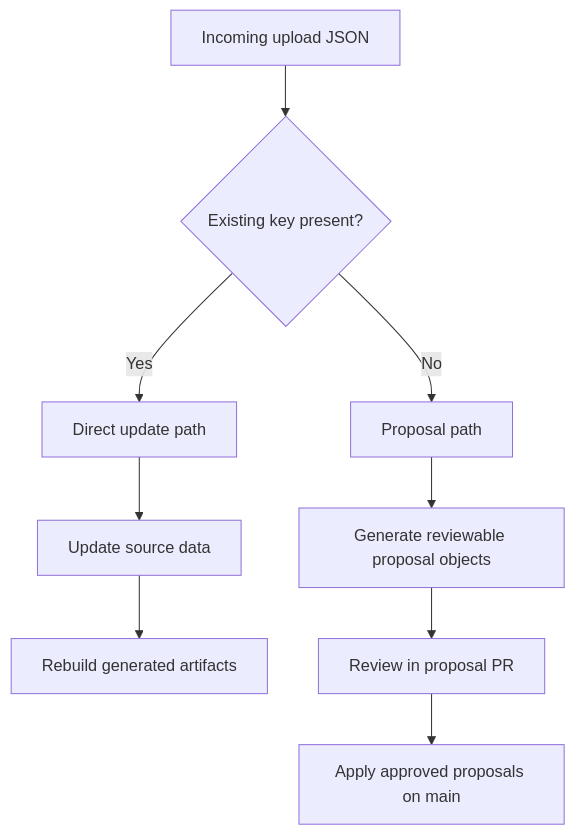
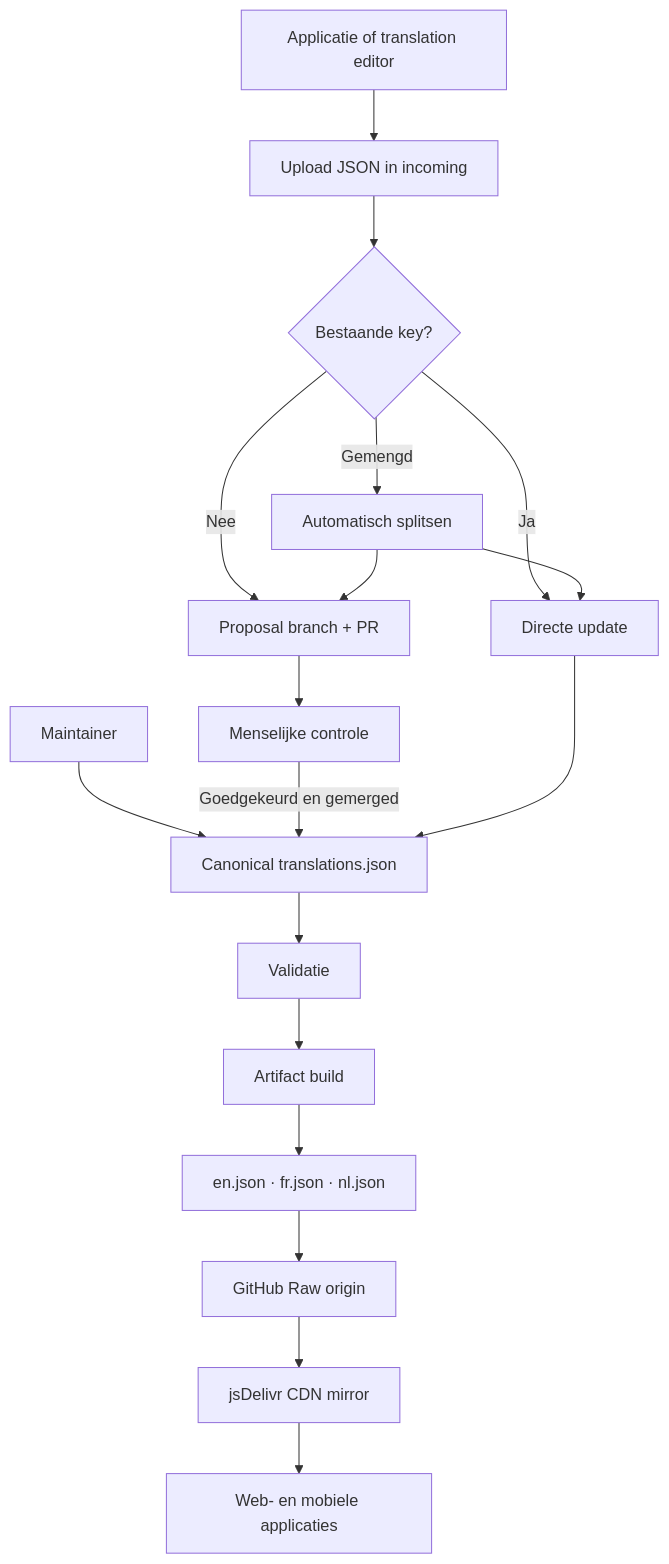
Before and after one commit to PRAxISDEVELOPMENT/mypraxis_translation_keys: the first of 2 diagrams in README.md, drawn with Mermaid. The commit also changed other lines of this file and 13 other files, not shown here.

````diff
--- a/README.md
+++ b/README.md
@@ -364,11 +54,20 @@
 ```mermaid
 flowchart TD
-    A[Incoming upload JSON] --> B{Existing key present?}
-    B -- Yes --> C[Direct update path]
-    B -- No --> D[Proposal path]
-    C --> E[Update source data]
-    D --> F[Generate reviewable proposal objects]
-    E --> G[Rebuild generated artifacts]
-    F --> H[Review in proposal PR]
-    H --> I[Apply approved proposals on main]
+    APP[Applicatie of translation editor] --> UPLOAD[Upload JSON in incoming]
+    MAINTAINER[Maintainer] --> SOURCE[Canonical translations.json]
+    UPLOAD --> ROUTER{Bestaande key?}
+    ROUTER -- Ja --> DIRECT[Directe update]
+    ROUTER -- Nee --> PROPOSAL[Proposal branch + PR]
+    ROUTER -- Gemengd --> SPLIT[Automatisch splitsen]
+    SPLIT --> DIRECT
+    SPLIT --> PROPOSAL
+    PROPOSAL --> REVIEW[Menselijke controle]
+    REVIEW -->|Goedgekeurd en gemerged| SOURCE
+    DIRECT --> SOURCE
+    SOURCE --> VALIDATE[Validatie]
+    VALIDATE --> BUILD[Artifact build]
+    BUILD --> LOCALES[en.json · fr.json · nl.json]
+    LOCALES --> RAW[GitHub Raw origin]
+    RAW --> CDN[jsDelivr CDN mirror]
+    CDN --> CONSUMERS[Web- en mobiele applicaties]
 ```
````
